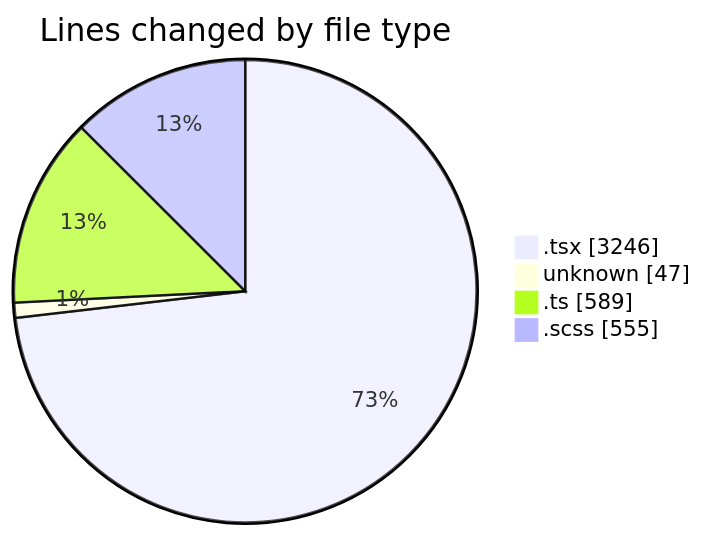
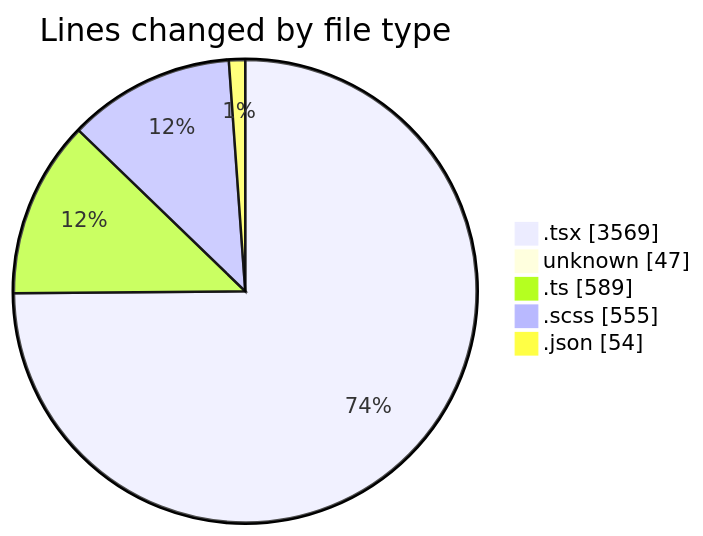
The first of 2 diagrams in 2025-09-18/cda/README.md (momahboobian/code-tracking), drawn with Mermaid before and after one commit. The commit also changed other lines of this file and 1 other file, not shown here.

````diff
--- a/2025-09-18/cda/README.md
+++ b/2025-09-18/cda/README.md
@@ -28,8 +29,9 @@
 ```mermaid
 pie showData
 title Lines changed by file type
-".tsx" : 3246
+".tsx" : 3569
 "unknown" : 47
 ".ts" : 589
 ".scss" : 555
+".json" : 54
 ```
````
